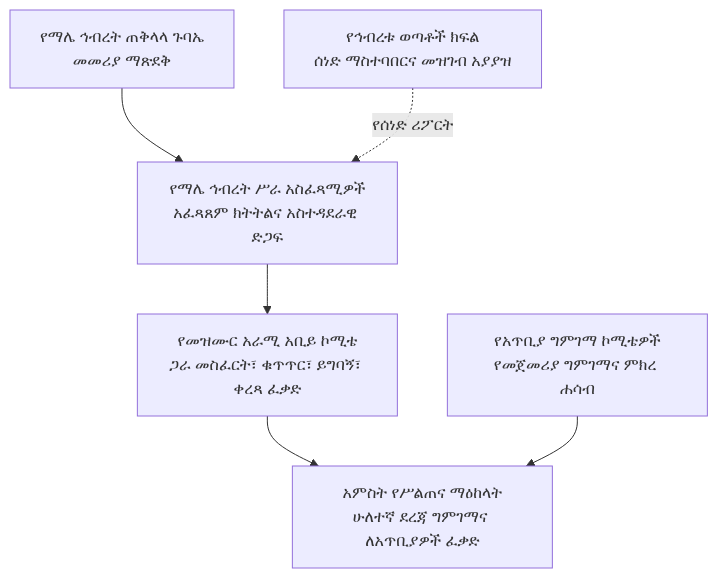
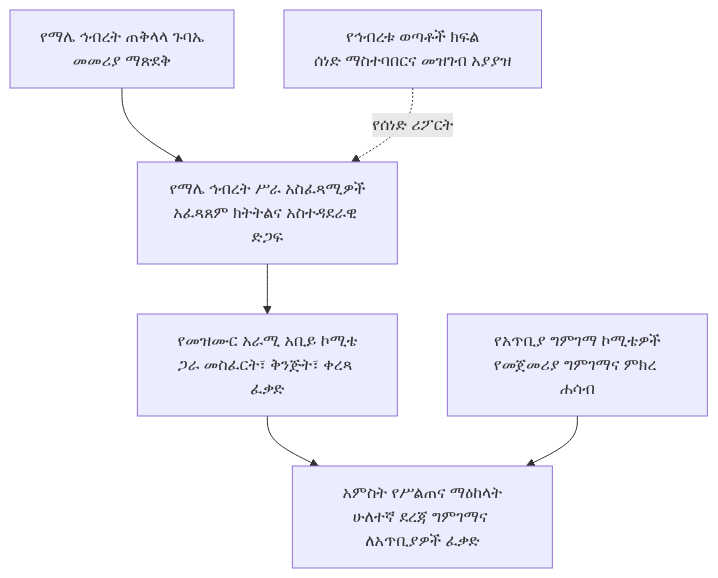
One commit to akefadaka-git/ekhc-digital-platform changed the second of 3 diagrams in docs/governance/maale-song-review-directive-am.md. Above: the diagram before and after it, drawn with Mermaid. The commit also changed other lines of this file, not shown here.

Commit message:
docs(governance): align authority diagram and legal safeguards

````diff
--- a/docs/governance/maale-song-review-directive-am.md
+++ b/docs/governance/maale-song-review-directive-am.md
@@ -116,8 +116,8 @@
 ```mermaid
 flowchart TD
  A[የማሌ ኅብረት ጠቅላላ ጉባኤ<br/>መመሪያ ማጽደቅ] --> B[የማሌ ኅብረት ሥራ አስፈጻሚዎች<br/>አፈጻጸም ክትትልና አስተዳደራዊ ድጋፍ]
- B --> C[የመዝሙር አራሚ አቢይ ኮሚቴ<br/>ጋራ መስፈርት፣ ቁጥጥር፣ ይግባኝ፣ ቀረጻ ፈቃድ]
+ B --> C[የመዝሙር አራሚ አቢይ ኮሚቴ<br/>ጋራ መስፈርት፣ ቅንጅት፣ ቀረጻ ፈቃድ]
  C --> D[አምስት የሥልጠና ማዕከላት<br/>ሁለተኛ ደረጃ ግምገማና ለአጥቢያዎች ፈቃድ]
  E[የአጥቢያ ግምገማ ኮሚቴዎች<br/>የመጀመሪያ ግምገማና ምክረ ሐሳብ] --> D
  F[የኅብረቱ ወጣቶች ክፍል<br/>ሰነድ ማስተባበርና መዝገብ አያያዝ] -. የሰነድ ሪፖርት .-> B
 ```
````
